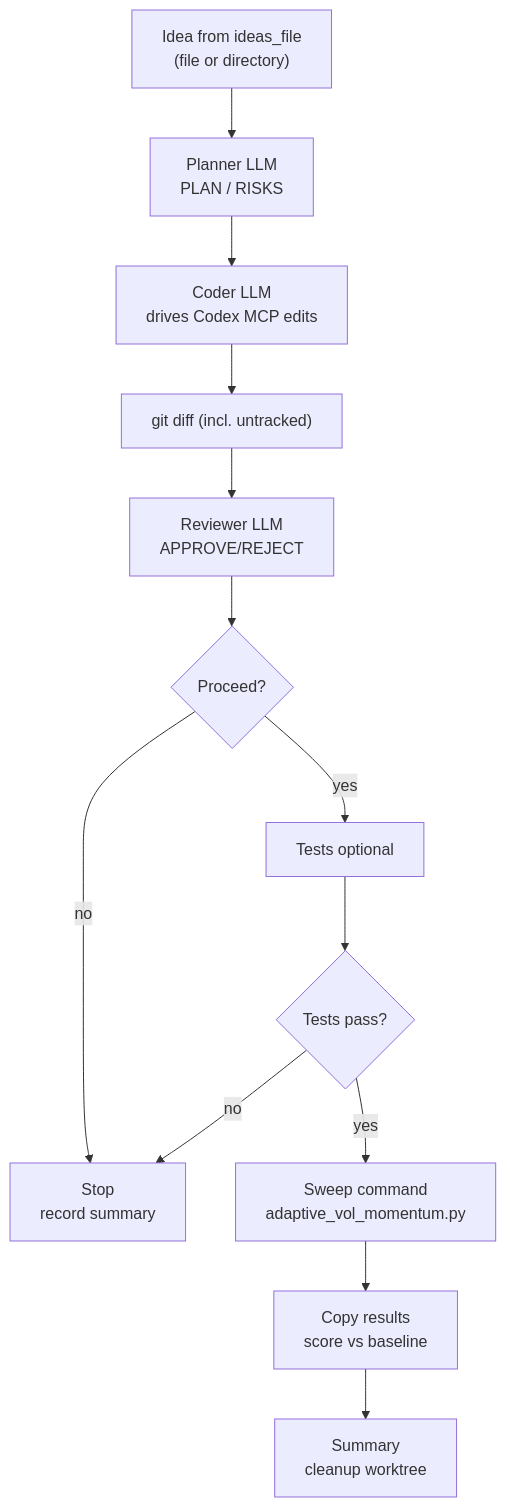
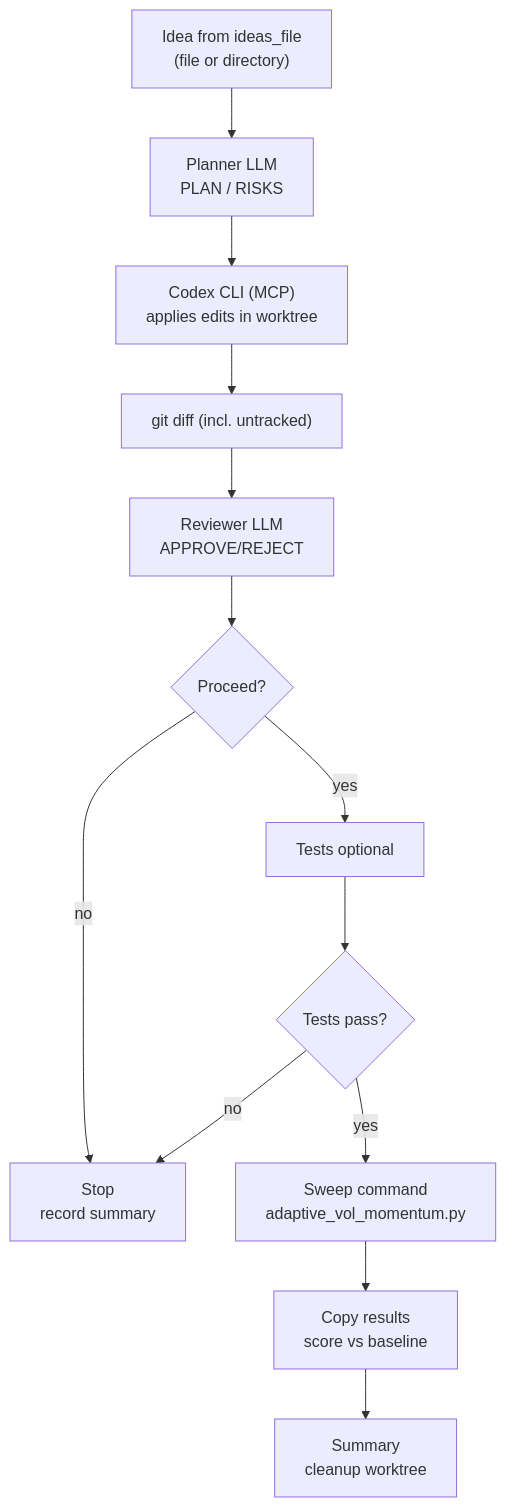
The diagram in agentic_experimentation/AGENTS_README.md (kayvonavishan/algo-meta-model-agent), drawn with Mermaid before and after one commit. The commit also changed other lines of this file, not shown here.

````diff
--- a/agentic_experimentation/AGENTS_README.md
+++ b/agentic_experimentation/AGENTS_README.md
@@ -7,15 +7,15 @@
 ```mermaid
 graph TD
     A["Idea from ideas_file<br/>(file or directory)"] --> C["Planner LLM<br/>PLAN / RISKS"]
-    C --> D["Coder LLM<br/>drives Codex MCP edits"]
+    C --> D["Codex CLI (MCP)<br/>applies edits in worktree"]
     D --> E["git diff (incl. untracked)"]
     E --> F["Reviewer LLM<br/>APPROVE/REJECT"]
     F --> G{Proceed?}
     G -- no --> H["Stop<br/>record summary"]
     G -- yes --> I["Tests optional"]
     I --> J{Tests pass?}
     J -- no --> H
     J -- yes --> K["Sweep command<br/>adaptive_vol_momentum.py"]
     K --> L["Copy results<br/>score vs baseline"]
     L --> M["Summary<br/>cleanup worktree"]
 ```
````
